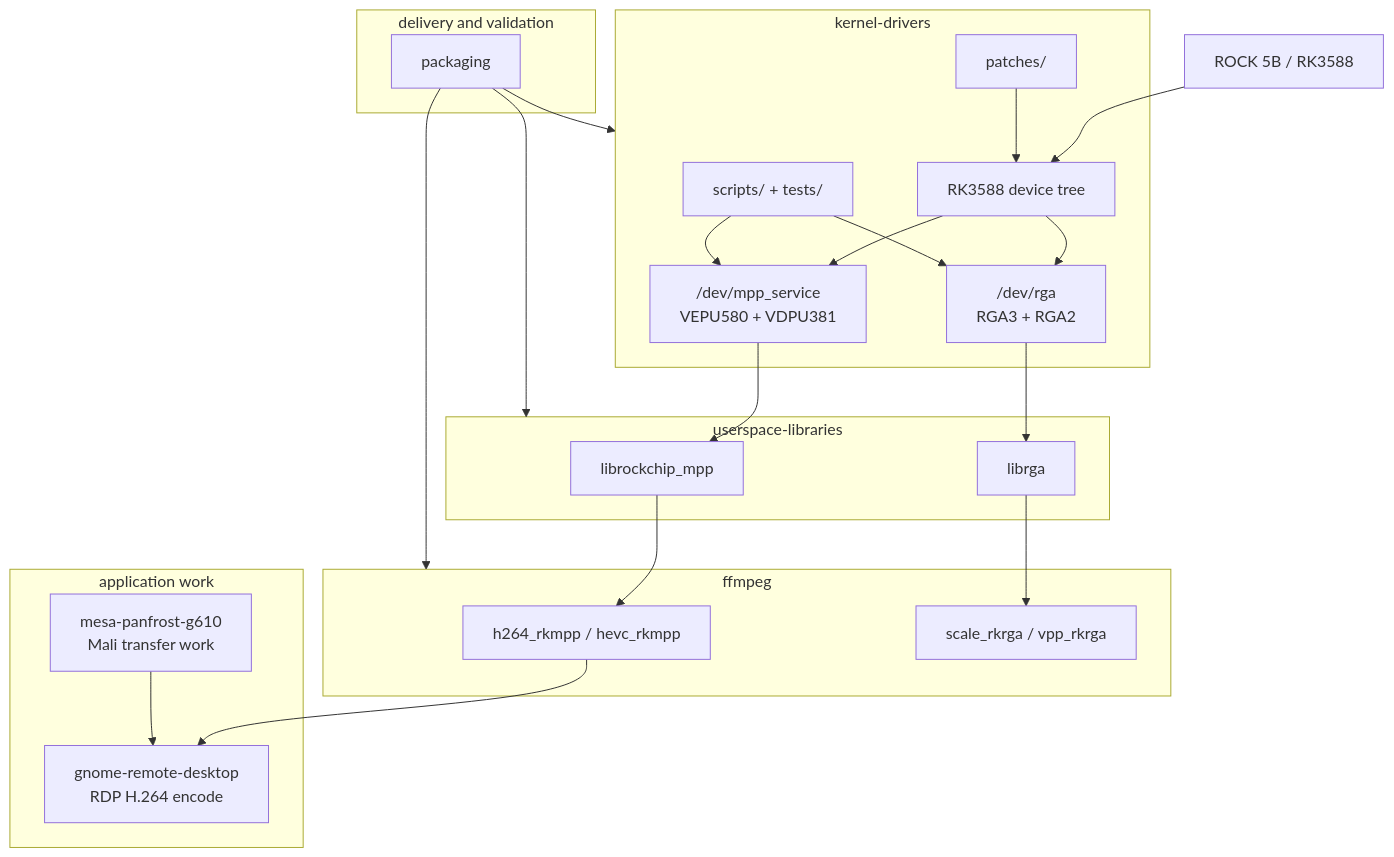
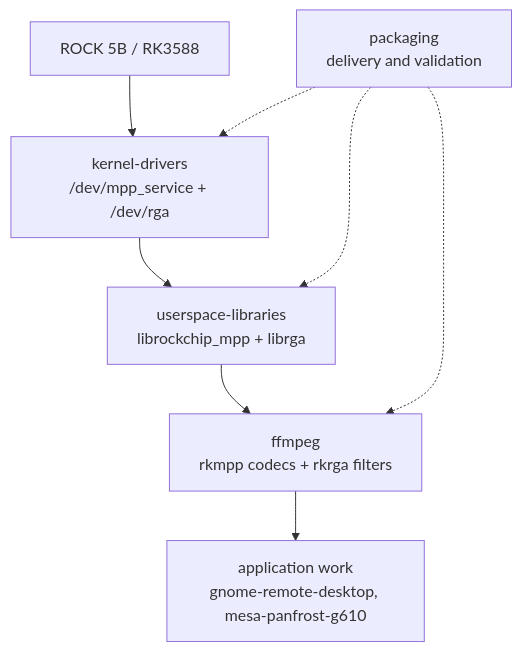
Before and after one commit to yisding/rock-5b-ysp: the diagram in README.md, drawn with Mermaid. The commit also changed other lines of this file and 42 other files, not shown here.

````diff
--- a/README.md
+++ b/README.md
@@ -20,44 +33,14 @@
 ```mermaid
 flowchart TB
   board["ROCK 5B / RK3588"]
+  kernel["kernel-drivers<br/>/dev/mpp_service + /dev/rga"]
+  libs["userspace-libraries<br/>librockchip_mpp + librga"]
+  ffmpeg["ffmpeg<br/>rkmpp codecs + rkrga filters"]
+  apps["application work<br/>gnome-remote-desktop, mesa-panfrost-g610"]
+  packaging["packaging<br/>delivery and validation"]
 
-  subgraph kernel["kernel-drivers"]
-    dt["RK3588 device tree"]
-    mpp["/dev/mpp_service<br/>VEPU580 + VDPU381"]
-    rga["/dev/rga<br/>RGA3 + RGA2"]
-    kpatches["patches/"]
-    ktools["scripts/ + tests/"]
-  end
-
-  subgraph libs["userspace-libraries"]
-    libmpp["librockchip_mpp"]
-    librga["librga"]
-  end
-
-  subgraph ffmpeg["ffmpeg"]
-    rkcodecs["h264_rkmpp / hevc_rkmpp"]
-    rkfilters["scale_rkrga / vpp_rkrga"]
-  end
-
-  subgraph apps["application work"]
-    grd["gnome-remote-desktop<br/>RDP H.264 encode"]
-    mesa["mesa-panfrost-g610<br/>Mali transfer work"]
-  end
-
-  subgraph ops["delivery and validation"]
-    packaging["packaging"]
-  end
-
-  board --> dt
-  dt --> mpp
-  dt --> rga
-  mpp --> libmpp --> rkcodecs --> grd
-  rga --> librga --> rkfilters
-  mesa --> grd
-  packaging --> kernel
-  packaging --> libs
-  packaging --> ffmpeg
-  kpatches --> dt
-  ktools --> mpp
-  ktools --> rga
+  board --> kernel --> libs --> ffmpeg --> apps
+  packaging -.-> kernel
+  packaging -.-> libs
+  packaging -.-> ffmpeg
 ```
````
